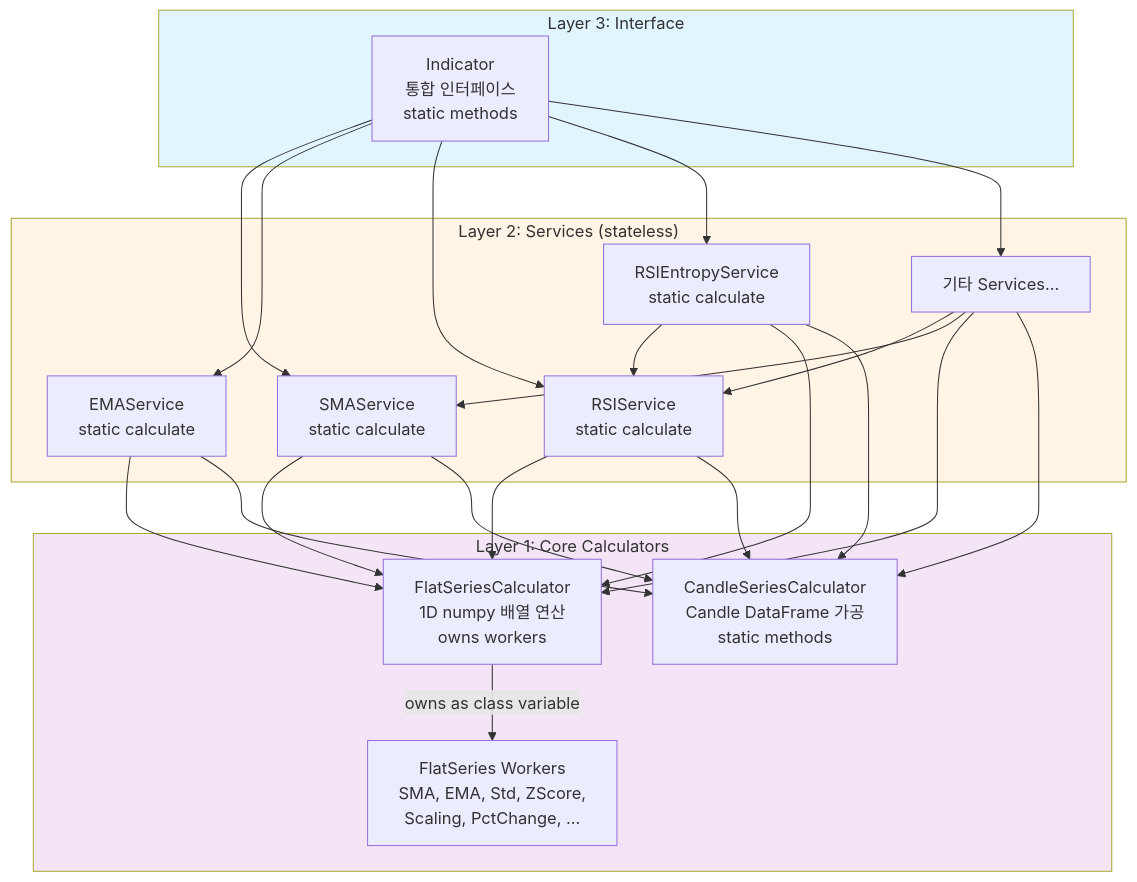
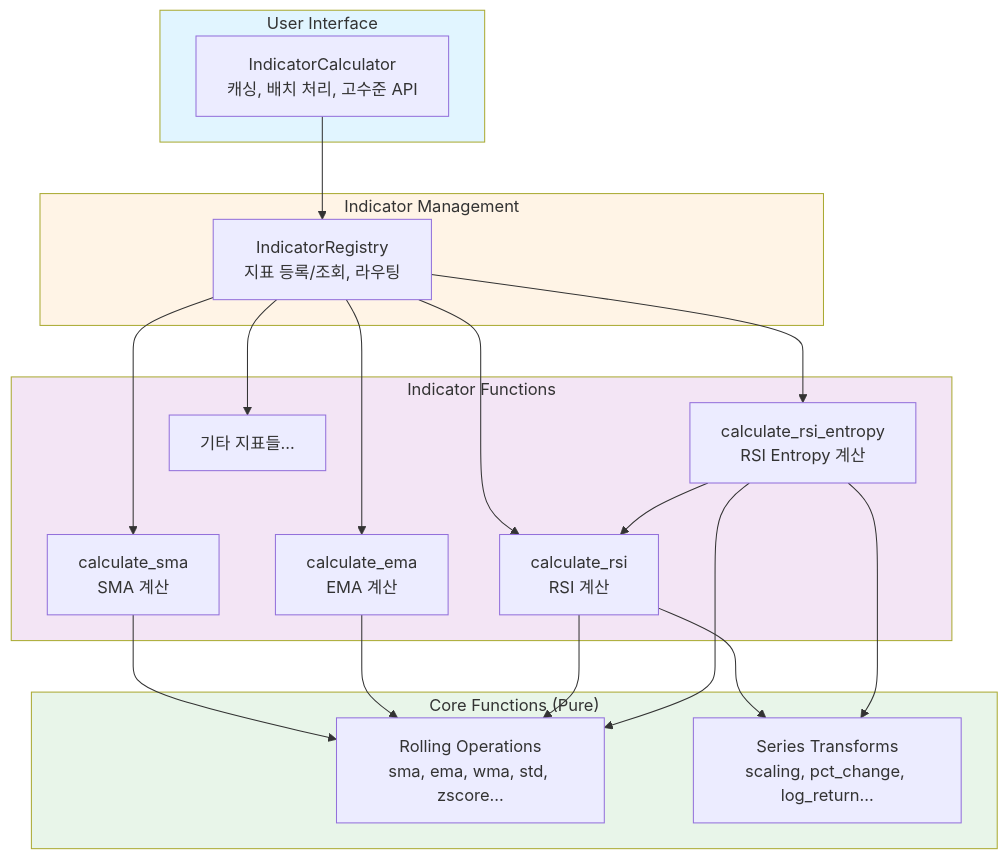
Before and after one commit to gatesplan/python-toolbox: the diagram in packages/financial-indicators/Architecture.md, drawn with Mermaid. The commit also changed other lines of this file and 62 other files, not shown here.

First line of the commit message:
feat(financial-indicators): IndicatorCalculator, IndicatorRegistry 및 지표 함수 구현 완료

````diff
--- a/packages/financial-indicators/Architecture.md
+++ b/packages/financial-indicators/Architecture.md
@@ -53,51 +54,43 @@
 ```mermaid
 graph TB
-    subgraph Layer3["Layer 3: Interface"]
-        Indicator[Indicator<br/>통합 인터페이스<br/>static methods]
+    subgraph User["User Interface"]
+        Calculator[IndicatorCalculator<br/>캐싱, 배치 처리, 고수준 API]
     end
 
-    subgraph Layer2["Layer 2: Services (stateless)"]
-        SMAService[SMAService<br/>static calculate]
-        EMAService[EMAService<br/>static calculate]
-        RSIService[RSIService<br/>static calculate]
-        RSIEntropyService[RSIEntropyService<br/>static calculate]
-        OtherServices[기타 Services...]
+    subgraph Management["Indicator Management"]
+        Registry[IndicatorRegistry<br/>지표 등록/조회, 라우팅]
     end
 
-    subgraph Layer1["Layer 1: Core Calculators"]
-        FlatSeriesCalc[FlatSeriesCalculator<br/>1D numpy 배열 연산<br/>owns workers]
-        CandleSeriesCalc[CandleSeriesCalculator<br/>Candle DataFrame 가공<br/>static methods]
-
-        FlatWorkers[FlatSeries Workers<br/>SMA, EMA, Std, ZScore,<br/>Scaling, PctChange, ...]
-
-        FlatSeriesCalc -->|owns as class variable| FlatWorkers
+    subgraph Indicators["Indicator Functions"]
+        SMA[calculate_sma<br/>SMA 계산]
+        EMA[calculate_ema<br/>EMA 계산]
+        RSI[calculate_rsi<br/>RSI 계산]
+        RSIEntropy[calculate_rsi_entropy<br/>RSI Entropy 계산]
+        Others[기타 지표들...]
     end
 
-    Indicator --> SMAService
-    Indicator --> EMAService
-    Indicator --> RSIService
-    Indicator --> RSIEntropyService
-    Indicator --> OtherServices
+    subgraph Core["Core Functions (Pure)"]
+        Rolling[Rolling Operations<br/>sma, ema, wma, std, zscore...]
+        Series[Series Transforms<br/>scaling, pct_change, log_return...]
+    end
 
-    SMAService --> FlatSeriesCalc
-    SMAService --> CandleSeriesCalc
+    Calculator --> Registry
+    Registry --> SMA
+    Registry --> EMA
+    Registry --> RSI
+    Registry --> RSIEntropy
+    Registry --> Others
 
-    EMAService --> FlatSeriesCalc
-    EMAService --> CandleSeriesCalc
+    SMA --> Rolling
+    EMA --> Rolling
+    RSI --> Rolling
+    RSI --> Series
+    RSIEntropy --> RSI
+    RSIEntropy --> Rolling
+    RSIEntropy --> Series
 
-    RSIService --> FlatSeriesCalc
-    RSIService --> CandleSeriesCalc
-
-    RSIEntropyService --> RSIService
-    RSIEntropyService --> FlatSeriesCalc
-    RSIEntropyService --> CandleSeriesCalc
-
-    OtherServices --> RSIService
-    OtherServices --> SMAService
-    OtherServices --> FlatSeriesCalc
-    OtherServices --> CandleSeriesCalc
-
-    style Layer3 fill:#e1f5ff
-    style Layer2 fill:#fff4e6
-    style Layer1 fill:#f3e5f5
+    style User fill:#e1f5ff
+    style Management fill:#fff4e6
+    style Indicators fill:#f3e5f5
+    style Core fill:#e8f5e9
 ```
````
